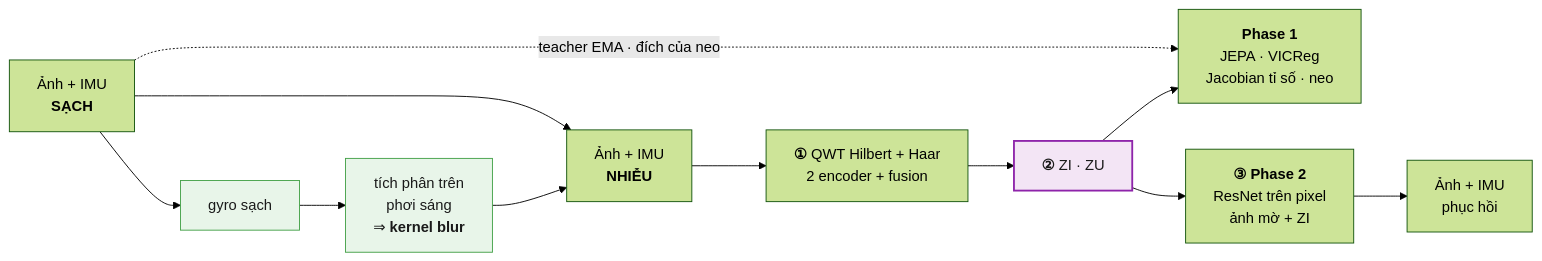
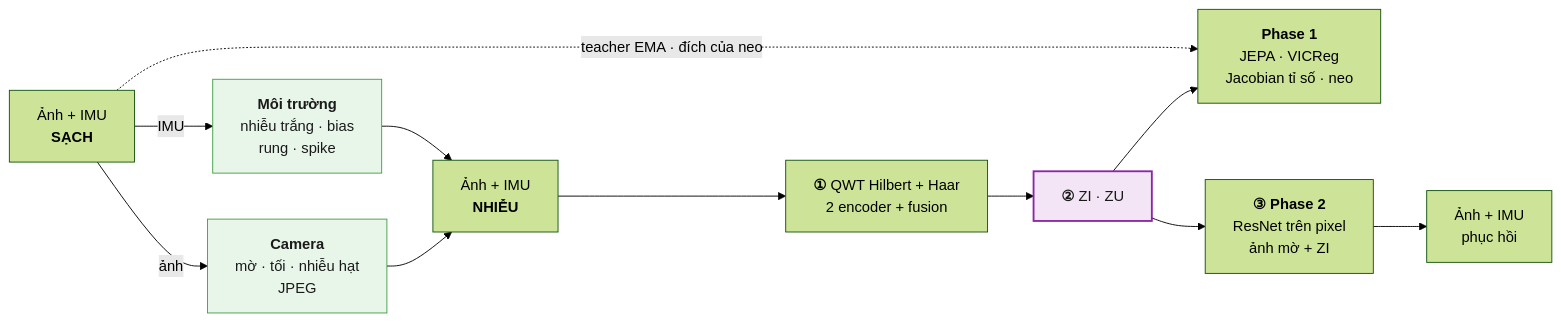
Before and after one commit to leesanghyoek/qwt_jepa_ver3: the first of 4 diagrams in README.md, drawn with Mermaid (forest theme). The commit also changed other lines of this file and 1 other file, not shown here.

First line of the commit message:
Bring the architecture docs up to date with the ResNet phase 2

````diff
--- a/README.md
+++ b/README.md
@@ -154,21 +153,22 @@
 ```mermaid
 flowchart LR
     CL["Ảnh + IMU<br/><b>SẠCH</b>"]
-    GY["gyro sạch"]
-    KER["tích phân trên<br/>phơi sáng<br/>⇒ <b>kernel blur</b>"]
+    CAM["<b>Camera</b><br/>mờ · tối · nhiễu hạt<br/>JPEG"]
+    ENV["<b>Môi trường</b><br/>nhiễu trắng · bias<br/>rung · spike"]
     NZ["Ảnh + IMU<br/><b>NHIỄU</b>"]
     BB["<b>①</b> QWT Hilbert + Haar<br/>2 encoder + fusion"]
     Z["<b>②</b> ZI · ZU"]
     L1["<b>Phase 1</b><br/>JEPA · VICReg<br/>Jacobian tỉ số · neo"]
     D["<b>③ Phase 2</b><br/>ResNet trên pixel<br/>ảnh mờ + ZI"]
     R["Ảnh + IMU<br/>phục hồi"]
-    CL --> GY --> KER --> NZ --> BB --> Z
-    CL --> NZ
+    CL -- ảnh --> CAM --> NZ
+    CL -- IMU --> ENV --> NZ
+    NZ --> BB --> Z
     Z --> L1
     Z --> D --> R
     CL -. "teacher EMA · đích của neo" .-> L1
     classDef d fill:#e8f5e9,stroke:#43a047,color:#1a1a1a
     classDef l fill:#f3e5f5,stroke:#8e24aa,stroke-width:2px,color:#1a1a1a
-    class GY,KER d
+    class CAM,ENV d
     class Z l
 ```
````
